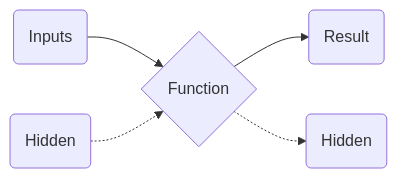
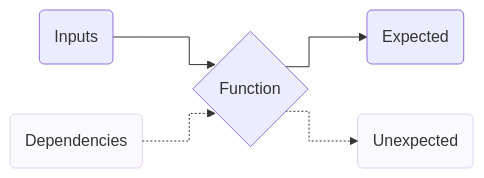
The diagram in src/pages/why-2.md (lloydrichards/edu_result-type-session), drawn with Mermaid before and after one commit. The commit also changed other lines of this file and 7 other files, not shown here.

````diff
--- a/src/pages/why-2.md
+++ b/src/pages/why-2.md
@@ -11,8 +13,11 @@
 ```mermaid
+%%{ init: { 'flowchart': { 'curve': 'step' } } }%%
 flowchart LR
   A1(Inputs) --> B{Function}
-  A2(Hidden) -.-> B
-  B --> C1(Result)
-  B -.-> C2(Hidden)
+  A2(Dependencies) -.-> B
+  B --> C1(Expected)
+  B -.-> C2(Unexpected)
 
+  style A2 opacity:30%
+  style C2 opacity:30%
 ```
````
